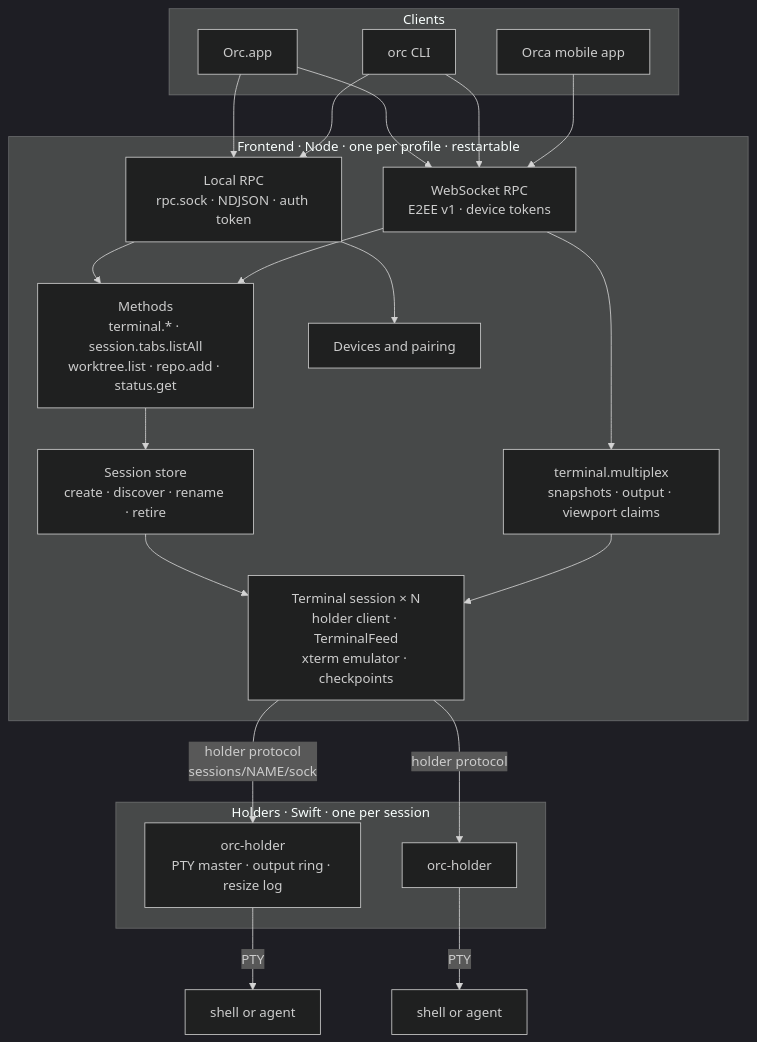
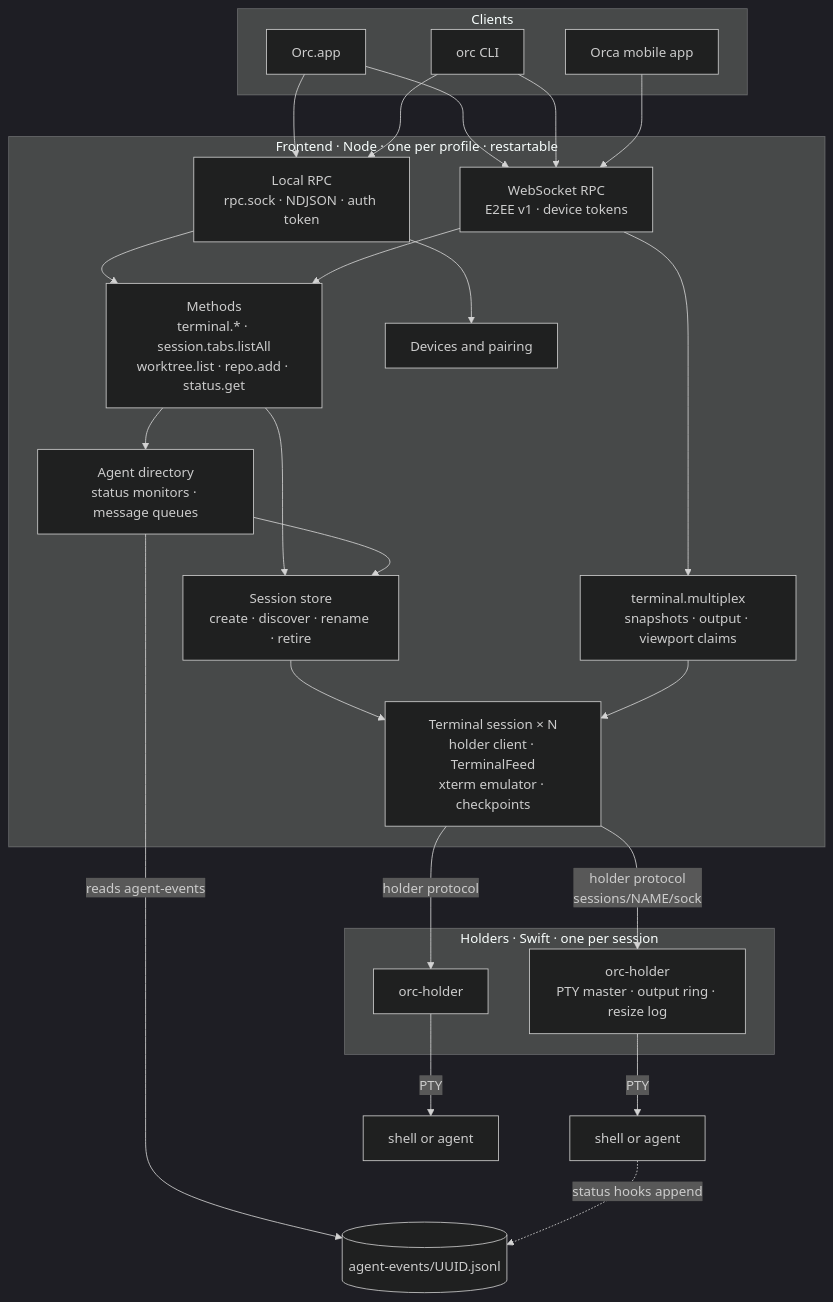
The first of 6 diagrams in slim/ARCHITECTURE.md (phillipleblanc/orc), drawn with Mermaid (dark theme) before and after one commit. The commit also changed other lines of this file and 15 other files, not shown here.

````diff
--- a/slim/ARCHITECTURE.md
+++ b/slim/ARCHITECTURE.md
@@ -10,43 +10,48 @@
 ```mermaid
 flowchart TB
     subgraph clients["Clients"]
         app["Orc.app"]
         cli["orc CLI"]
         phone["Orca mobile app"]
     end
 
     subgraph frontend["Frontend · Node · one per profile · restartable"]
         unix["Local RPC<br/>rpc.sock · NDJSON · auth token"]
         ws["WebSocket RPC<br/>E2EE v1 · device tokens"]
         methods["Methods<br/>terminal.* · session.tabs.listAll<br/>worktree.list · repo.add · status.get"]
         mux["terminal.multiplex<br/>snapshots · output · viewport claims"]
         pairing["Devices and pairing"]
         store["Session store<br/>create · discover · rename · retire"]
         sessions["Terminal session × N<br/>holder client · TerminalFeed<br/>xterm emulator · checkpoints"]
+        agents["Agent directory<br/>status monitors · message queues"]
     end
 
     subgraph holders["Holders · Swift · one per session"]
         holderA["orc-holder<br/>PTY master · output ring · resize log"]
         holderB["orc-holder"]
     end
 
     programA["shell or agent"]
     programB["shell or agent"]
 
     app --> unix
     app --> ws
     cli --> unix
     cli --> ws
     phone --> ws
     unix --> methods
     unix --> pairing
     ws --> methods
     ws --> mux
     methods --> store
+    methods --> agents
+    agents --> store
+    agents -- "reads agent-events" --> events[("agent-events/UUID.jsonl")]
     store --> sessions
     mux --> sessions
     sessions -- "holder protocol<br/>sessions/NAME/sock" --> holderA
     sessions -- "holder protocol" --> holderB
     holderA -- "PTY" --> programA
     holderB -- "PTY" --> programB
+    programA -. "status hooks append" .-> events
 ```
````
